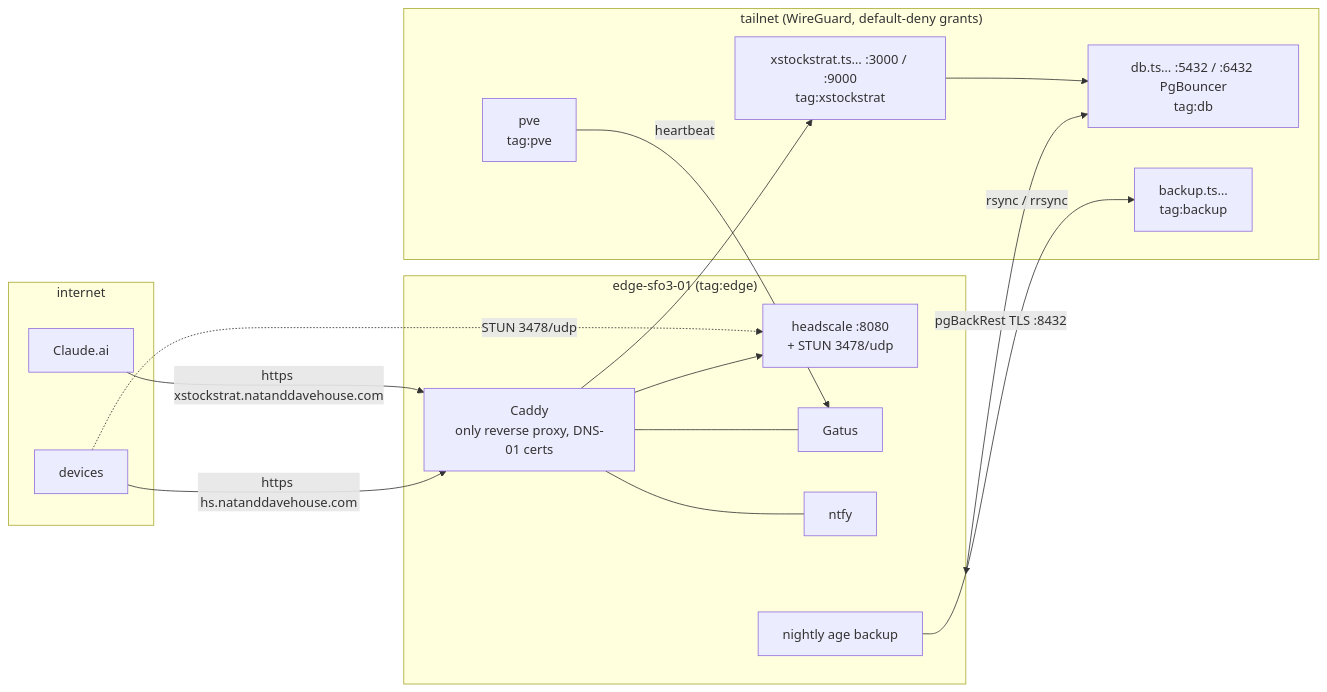
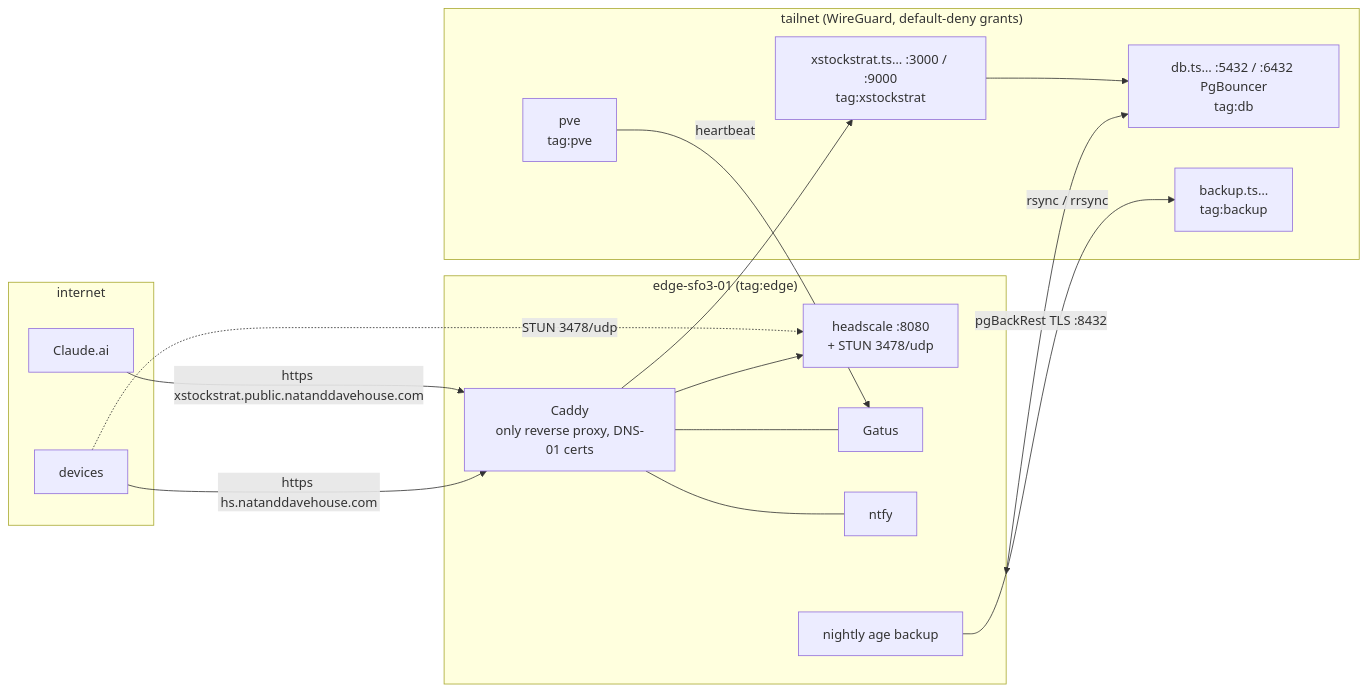
Before and after one commit to davcs86/homelab-edge: the diagram in README.md, drawn with Mermaid. The commit also changed other lines of this file and 14 other files, not shown here.

First line of the commit message:
feat(prod): production lives at xstockstrat.public.<domain>, as staging does

````diff
--- a/README.md
+++ b/README.md
@@ -6,34 +6,34 @@
 ```mermaid
 flowchart LR
   subgraph internet["internet"]
     claude["Claude.ai"]
     devices["devices"]
   end
 
   subgraph edge["edge-sfo3-01 (tag:edge)"]
     caddy["Caddy<br/>only reverse proxy, DNS-01 certs"]
     headscale["headscale :8080<br/>+ STUN 3478/udp"]
     gatus["Gatus"]
     ntfy["ntfy"]
     backupjob["nightly age backup"]
   end
 
   subgraph tailnet["tailnet (WireGuard, default-deny grants)"]
     app["xstockstrat.ts… :3000 / :9000<br/>tag:xstockstrat"]
     db["db.ts… :5432 / :6432 PgBouncer<br/>tag:db"]
     pve["pve<br/>tag:pve"]
     backuphost["backup.ts…<br/>tag:backup"]
   end
 
-  claude -- "https xstockstrat.natanddavehouse.com" --> caddy
+  claude -- "https xstockstrat.public.natanddavehouse.com" --> caddy
   devices -- "https hs.natanddavehouse.com" --> caddy
   devices -. "STUN 3478/udp" .-> headscale
   caddy --> headscale
   caddy --> app
   caddy --- gatus
   caddy --- ntfy
   app --> db
   db <-- "pgBackRest TLS :8432" --> edge
   pve -- "heartbeat" --> gatus
   backupjob -- "rsync / rrsync" --> backuphost
 ```
````
